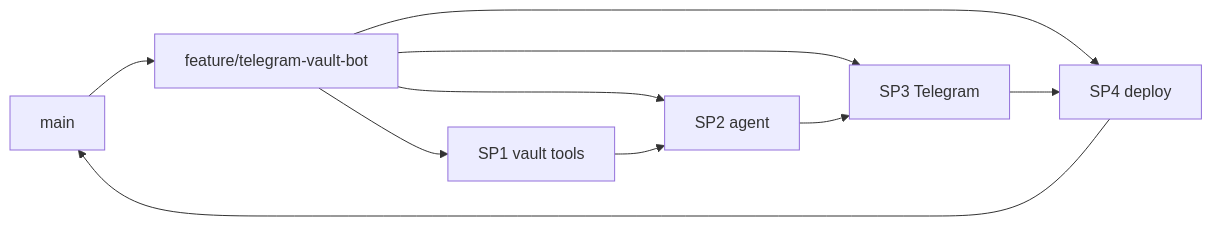
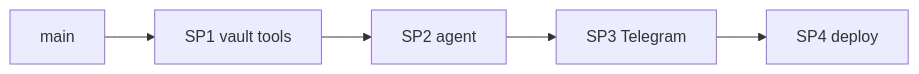
One commit to ethan-frost-xyz/founders-notes changed the first of 2 diagrams in .cursor/plans/telegram_rag_bot_v0.plan.md. Above: the diagram before and after it, drawn with Mermaid. The commit also changed other lines of this file and 1 other file, not shown here.

Commit message:
docs(telegram): plan implementation on main, not feature branch

````diff
--- a/.cursor/plans/telegram_rag_bot_v0.plan.md
+++ b/.cursor/plans/telegram_rag_bot_v0.plan.md
@@ -98,10 +98,8 @@
 ```mermaid
 flowchart LR
-  main[main] --> feature[feature/telegram-vault-bot]
-  feature --> sp1[SP1 vault tools]
-  feature --> sp2[SP2 agent]
-  feature --> sp3[SP3 Telegram]
-  feature --> sp4[SP4 deploy]
-  sp1 --> sp2 --> sp3 --> sp4
-  sp4 --> main
+  main[main]
+  main --> sp1[SP1 vault tools]
+  sp1 --> sp2[SP2 agent]
+  sp2 --> sp3[SP3 Telegram]
+  sp3 --> sp4[SP4 deploy]
 ```
````
